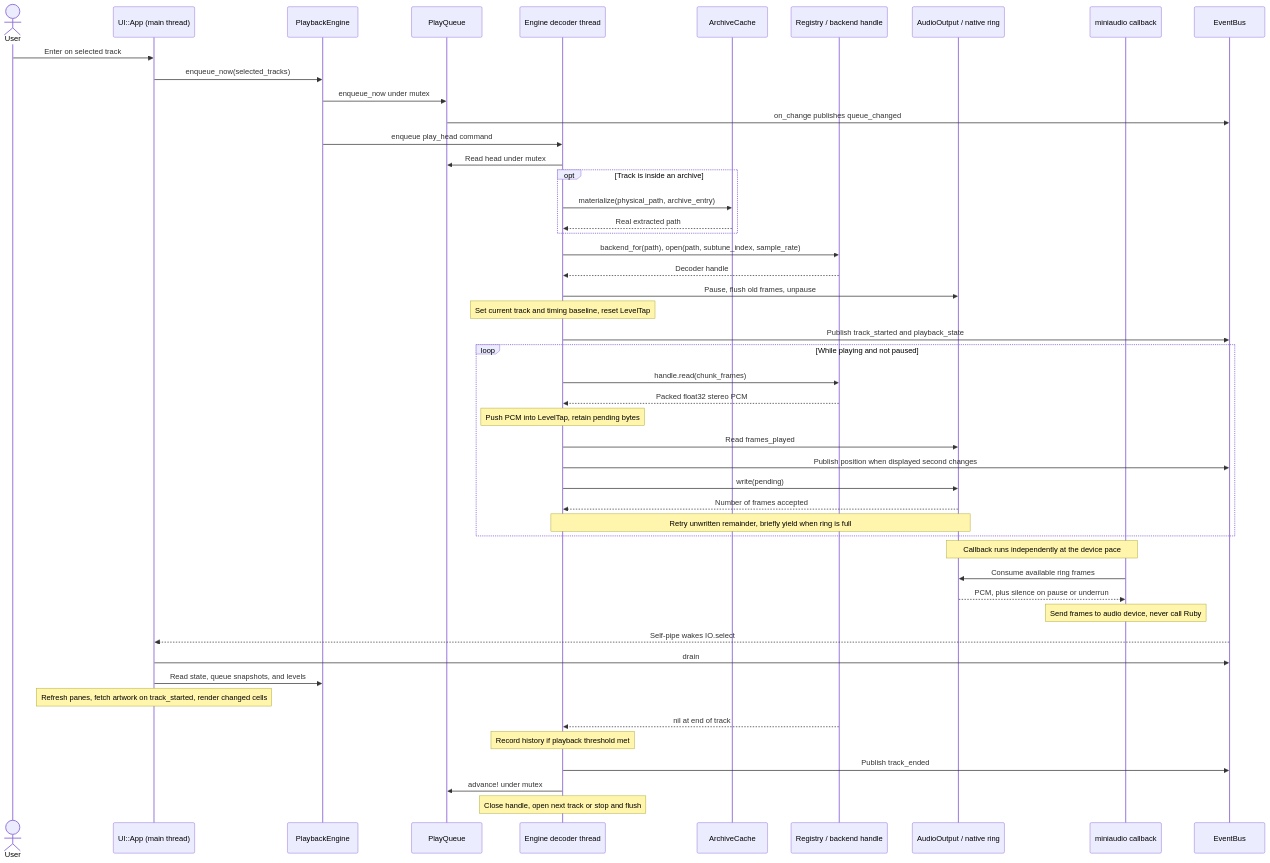
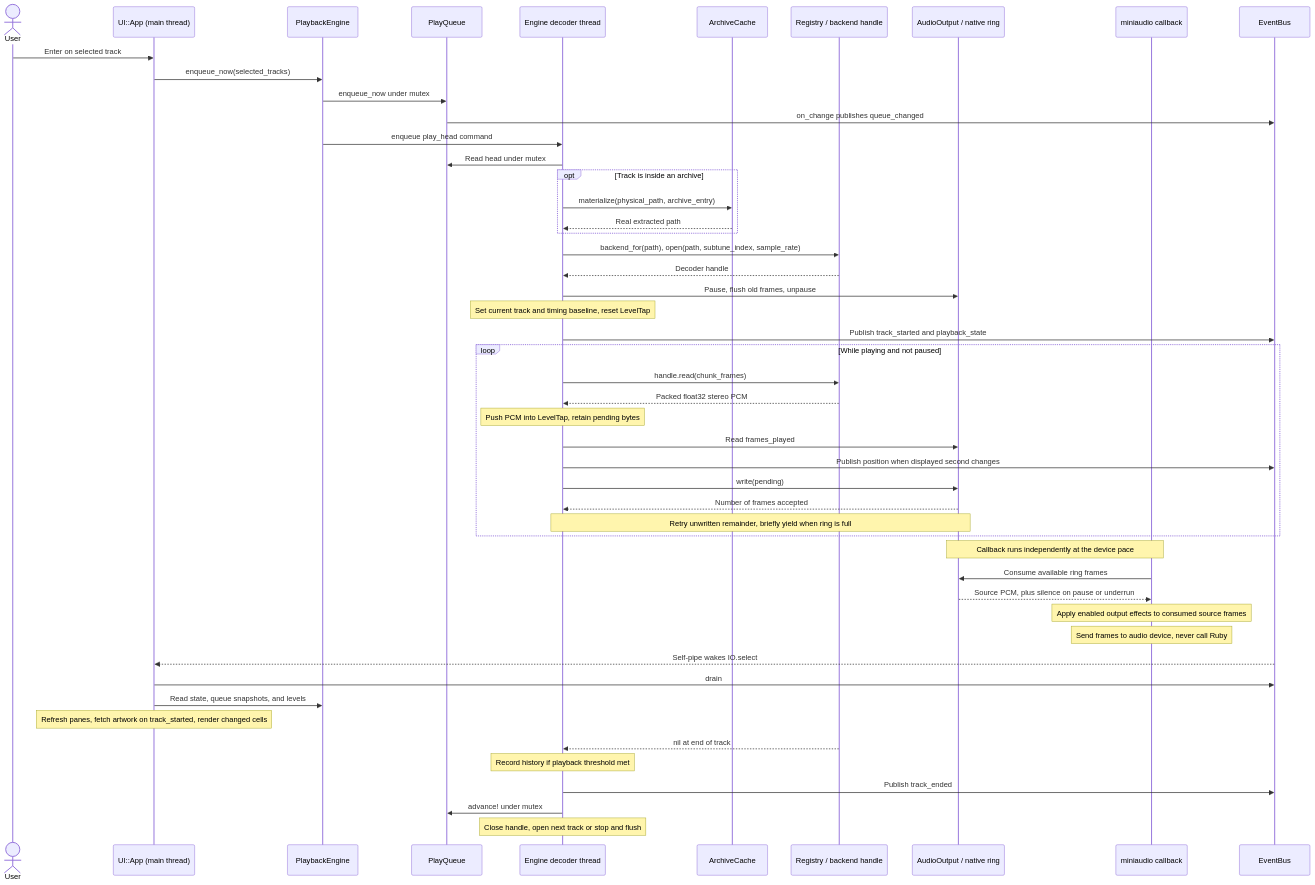
Before and after one commit to booty/rubyplayer: the diagram in docs/explainers/playback.md, drawn with Mermaid. The commit also changed other lines of this file and 22 other files, not shown here.

Commit message:
Add stackable output effects

````diff
--- a/docs/explainers/playback.md
+++ b/docs/explainers/playback.md
@@ -9,56 +9,57 @@
 ```mermaid
 sequenceDiagram
     actor User
     participant App as UI::App (main thread)
     participant Engine as PlaybackEngine
     participant Queue as PlayQueue
     participant Decoder as Engine decoder thread
     participant Cache as ArchiveCache
     participant Backend as Registry / backend handle
     participant Audio as AudioOutput / native ring
     participant Callback as miniaudio callback
     participant Bus as EventBus
 
     User->>App: Enter on selected track
     App->>Engine: enqueue_now(selected_tracks)
     Engine->>Queue: enqueue_now under mutex
     Queue->>Bus: on_change publishes queue_changed
     Engine->>Decoder: enqueue play_head command
     Decoder->>Queue: Read head under mutex
     opt Track is inside an archive
         Decoder->>Cache: materialize(physical_path, archive_entry)
         Cache-->>Decoder: Real extracted path
     end
     Decoder->>Backend: backend_for(path), open(path, subtune_index, sample_rate)
     Backend-->>Decoder: Decoder handle
     Decoder->>Audio: Pause, flush old frames, unpause
     Note over Decoder: Set current track and timing baseline, reset LevelTap
     Decoder->>Bus: Publish track_started and playback_state
 
     loop While playing and not paused
         Decoder->>Backend: handle.read(chunk_frames)
         Backend-->>Decoder: Packed float32 stereo PCM
         Note over Decoder: Push PCM into LevelTap, retain pending bytes
         Decoder->>Audio: Read frames_played
         Decoder->>Bus: Publish position when displayed second changes
         Decoder->>Audio: write(pending)
         Audio-->>Decoder: Number of frames accepted
         Note over Decoder,Audio: Retry unwritten remainder, briefly yield when ring is full
     end
 
     Note over Audio,Callback: Callback runs independently at the device pace
     Callback->>Audio: Consume available ring frames
-    Audio-->>Callback: PCM, plus silence on pause or underrun
+    Audio-->>Callback: Source PCM, plus silence on pause or underrun
+    Note over Callback: Apply enabled output effects to consumed source frames
     Note over Callback: Send frames to audio device, never call Ruby
 
     Bus-->>App: Self-pipe wakes IO.select
     App->>Bus: drain
     App->>Engine: Read state, queue snapshots, and levels
     Note over App: Refresh panes, fetch artwork on track_started, render changed cells
 
     Backend-->>Decoder: nil at end of track
     Note over Decoder: Record history if playback threshold met
     Decoder->>Bus: Publish track_ended
     Decoder->>Queue: advance! under mutex
     Note over Decoder: Close handle, open next track or stop and flush
 ```
````
